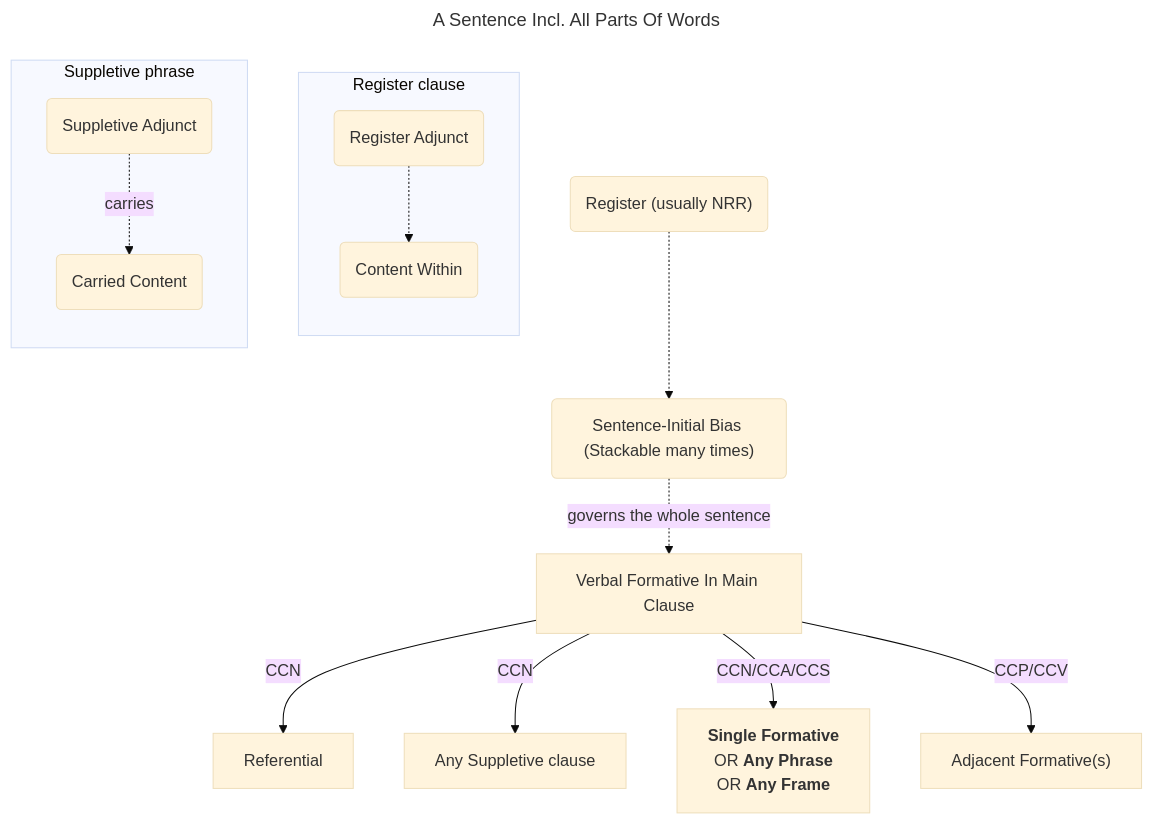
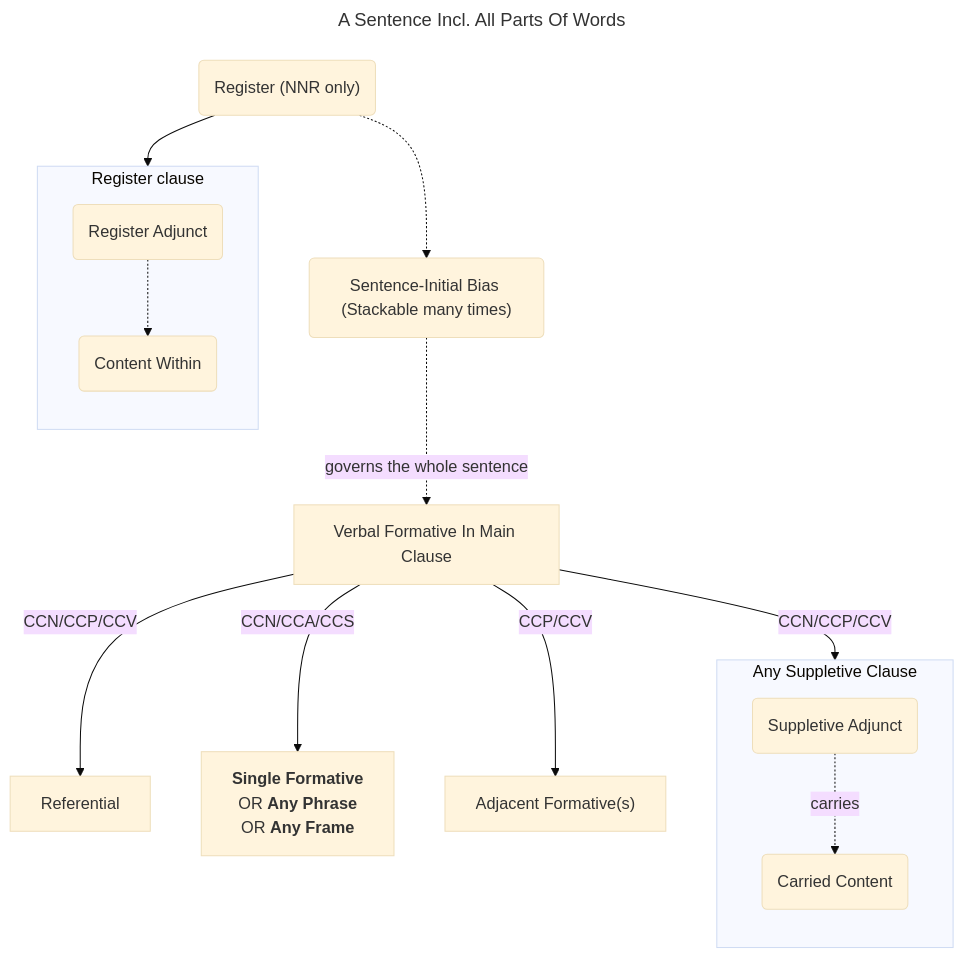
The third of 4 diagrams in src/en/docs/scoping.md (yuorb/yuorb.github.io), drawn with Mermaid (base theme) before and after one commit. The commit also changed other lines of this file and 1 other file, not shown here.

````diff
--- a/src/en/docs/scoping.md
+++ b/src/en/docs/scoping.md
@@ -65,31 +164,31 @@
 ```mermaid
 ---
 title: A Sentence Incl. All Parts Of Words
 ---
-
 flowchart TB
     subgraph rc[Register clause]
         direction TB
         rcc(Register Adjunct)
         cw(Content Within)
         rcc-.->cw
     end
-    register("`Register (usually NRR)`")
+    register("`Register (NNR only)`")
+    register-->rc
     bias("`Sentence-Initial Bias (Stackable many times)`")
     register-.->bias-.->|governs the whole sentence|v
-    v-->|CCN|rf[Referential]
-    subgraph sp[Suppletive phrase]
+    v-->|CCN/CCP/CCV|rf[Referential]
+    subgraph sp[Any Suppletive Clause]
         direction TB
         scc(Suppletive Adjunct)
         cc(Carried Content)
         scc-.->|carries|cc
     end
     v[Verbal Formative In Main Clause]
-    v-->|CCN|sc[Any Suppletive clause]
+    v-->|CCN/CCP/CCV|sp
     fpf["`**Single Formative**
     OR **Any Phrase**
     OR **Any Frame**`"]
     v-->|CCN/CCA/CCS|fpf
     af["`Adjacent Formative(s)`"]
     v-->|CCP/CCV|af
 ```
````
